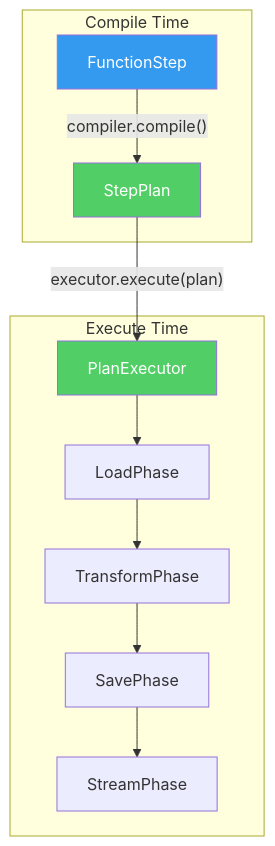
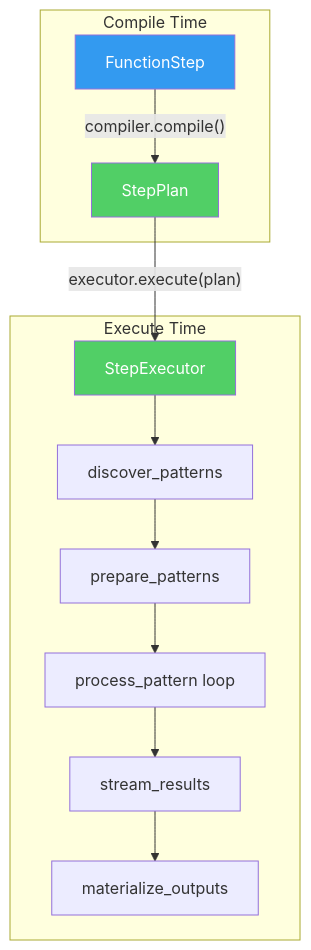
Before and after one commit to OpenHCSDev/OpenHCS: the diagram in plans/rot_elimination/plan_02_step_executor_extraction.md, drawn with Mermaid. The commit also changed other lines of this file and 3 other files, not shown here.

````diff
--- a/plans/rot_elimination/plan_02_step_executor_extraction.md
+++ b/plans/rot_elimination/plan_02_step_executor_extraction.md
@@ -157,18 +173,19 @@
 ```mermaid
 flowchart TD
     subgraph Compile["Compile Time"]
         FS[FunctionStep] -->|"compiler.compile()"| SP[StepPlan]
     end
 
     subgraph Execute["Execute Time"]
-        SP -->|"executor.execute(plan)"| PE[PlanExecutor]
-        PE --> LP[LoadPhase]
-        LP --> TP[TransformPhase]
-        TP --> SVP[SavePhase]
-        SVP --> STP[StreamPhase]
+        SP -->|"executor.execute(plan)"| SE[StepExecutor]
+        SE --> DP[discover_patterns]
+        DP --> PP[prepare_patterns]
+        PP --> PR[process_pattern loop]
+        PR --> ST[stream_results]
+        ST --> MT[materialize_outputs]
     end
 
     style FS fill:#339af0,color:#fff
     style SP fill:#51cf66,color:#fff
-    style PE fill:#51cf66,color:#fff
+    style SE fill:#51cf66,color:#fff
 ```
````
